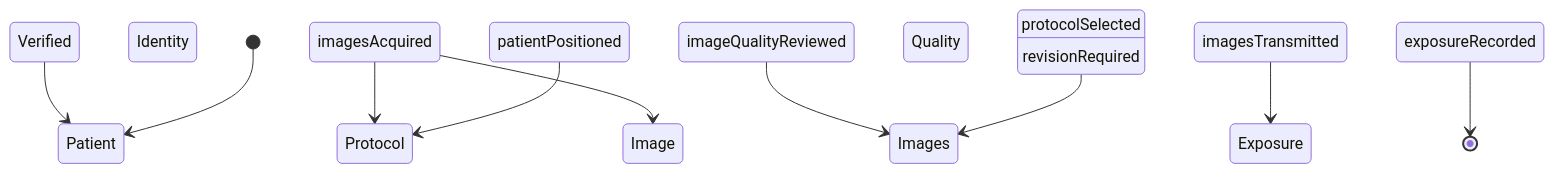
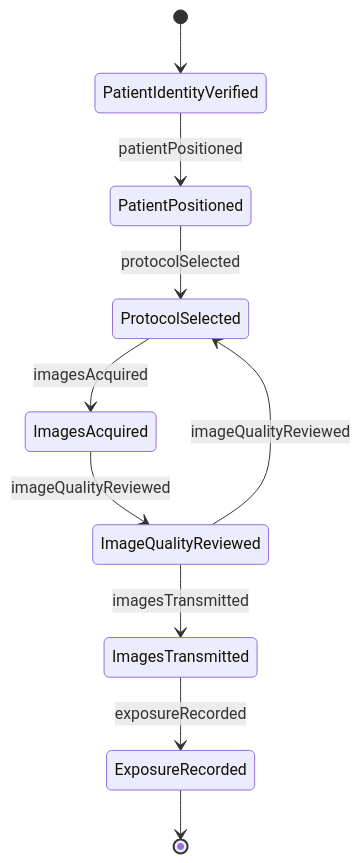
The second of 4 diagrams in ControllingMachinesAndProcesses/OperateMedicalEquipment/OperateDiagnosticImagingEquipment.mdx (dot-org-ai/tasks.org.ai), drawn with Mermaid before and after one commit. The commit also changed other lines of this file and 515 other files, not shown here.

````diff
--- a/ControllingMachinesAndProcesses/OperateMedicalEquipment/OperateDiagnosticImagingEquipment.mdx
+++ b/ControllingMachinesAndProcesses/OperateMedicalEquipment/OperateDiagnosticImagingEquipment.mdx
@@ -98,12 +98,12 @@
 ```mermaid
 stateDiagram-v2
-    [*] --> Patient Identity Verified
-    Patient Identity Verified --> Patient Positioned : patientPositioned
-    Patient Positioned --> Protocol Selected : protocolSelected
-    Protocol Selected --> Images Acquired : imagesAcquired
-    Images Acquired --> Image Quality Reviewed : imageQualityReviewed
-    Image Quality Reviewed --> Images Transmitted : imagesTransmitted
-    Images Transmitted --> Exposure Recorded : exposureRecorded
-    Images Acquired --> Protocol Selected : revisionRequired
-    Exposure Recorded --> [*]
+    [*] --> PatientIdentityVerified
+    PatientIdentityVerified --> PatientPositioned : patientPositioned
+    PatientPositioned --> ProtocolSelected : protocolSelected
+    ProtocolSelected --> ImagesAcquired : imagesAcquired
+    ImagesAcquired --> ImageQualityReviewed : imageQualityReviewed
+    ImageQualityReviewed --> ImagesTransmitted : imagesTransmitted
+    ImagesTransmitted --> ExposureRecorded : exposureRecorded
+    ImageQualityReviewed --> ProtocolSelected : imageQualityReviewed
+    ExposureRecorded --> [*]
 ```
````
